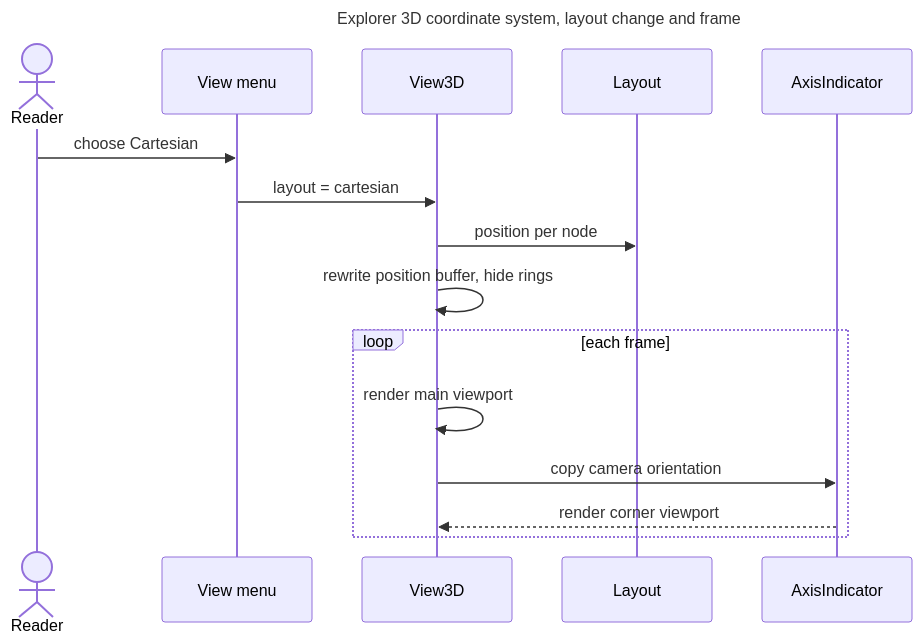
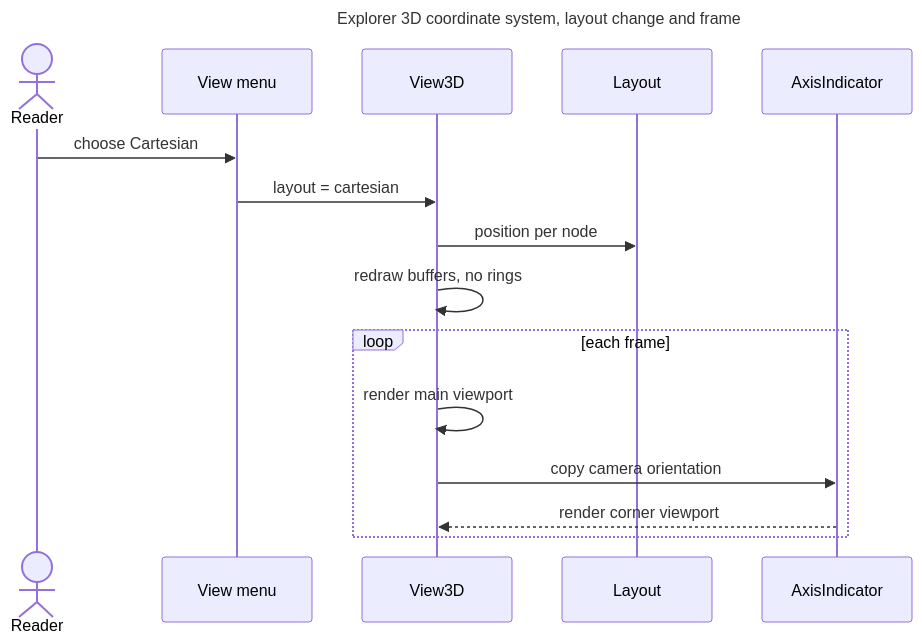
Before and after one commit to spashx/agnos: the second of 2 diagrams in agnos-process/2.architecture/ADR-GXP-003-explorer-3d-coordinate-system.md, drawn with Mermaid. The commit also changed other lines of this file and 4 other files, not shown here.

````diff
--- a/agnos-process/2.architecture/ADR-GXP-003-explorer-3d-coordinate-system.md
+++ b/agnos-process/2.architecture/ADR-GXP-003-explorer-3d-coordinate-system.md
@@ -56,20 +56,20 @@
 ```mermaid
 ---
 title: Explorer 3D coordinate system, layout change and frame
 ---
 sequenceDiagram
     actor Reader
     participant Menu as View menu
     participant V as View3D
     participant L as Layout
     participant I as AxisIndicator
     Reader->>Menu: choose Cartesian
     Menu->>V: layout = cartesian
     V->>L: position per node
-    V->>V: rewrite position buffer, hide rings
+    V->>V: redraw buffers, no rings
     loop each frame
         V->>V: render main viewport
         V->>I: copy camera orientation
         I-->>V: render corner viewport
     end
 ```
````
